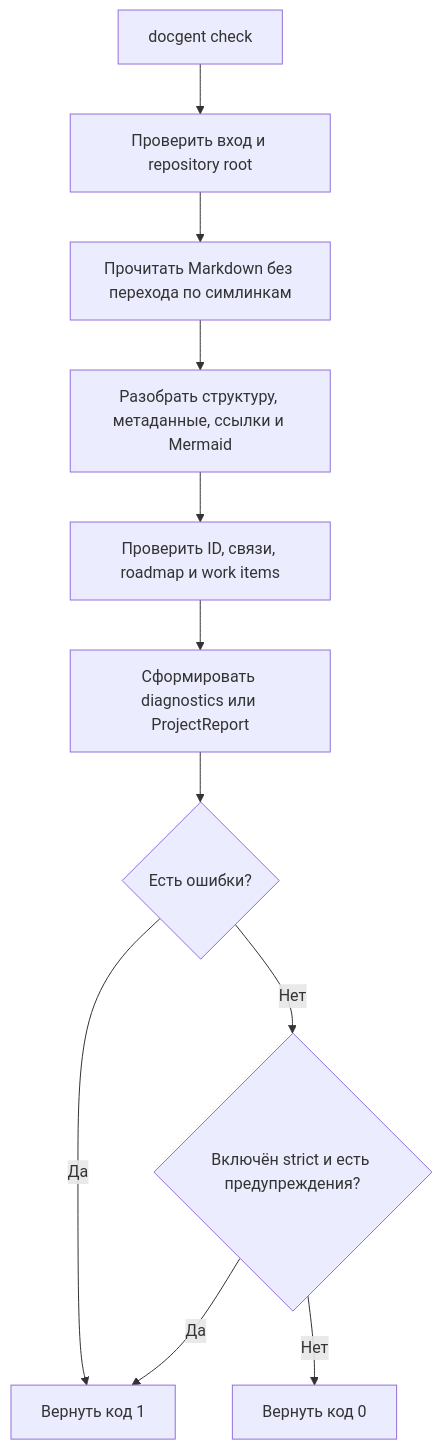
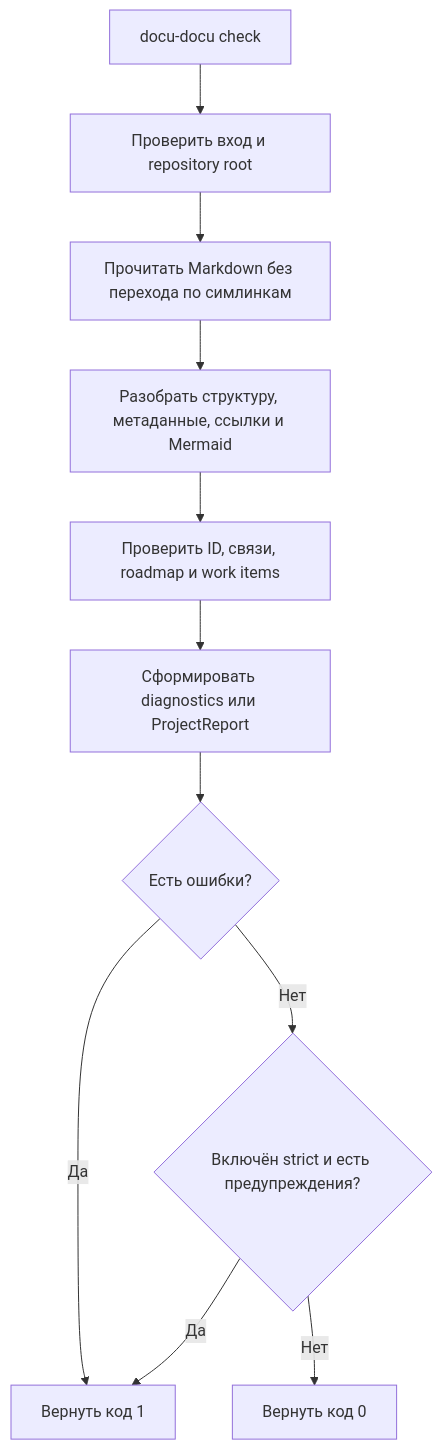
Before and after one commit to lumenikoly/toudocu: the diagram in docs/flows/FLOW-DOCS-CHECK.md, drawn with Mermaid. The commit also changed 275 other files, not shown here.

First line of the commit message:
Rename and refactor Docgent to Docu-docu across all relevant files and documentation

````diff
--- a/docs/flows/FLOW-DOCS-CHECK.md
+++ b/docs/flows/FLOW-DOCS-CHECK.md
@@ -14,13 +14,13 @@
 ```mermaid
 flowchart TD
-    Start["docgent check"] --> Resolve["Проверить вход и repository root"]
+    Start["docu-docu check"] --> Resolve["Проверить вход и repository root"]
     Resolve --> Read["Прочитать Markdown без перехода по симлинкам"]
     Read --> Parse["Разобрать структуру, метаданные, ссылки и Mermaid"]
     Parse --> Validate["Проверить ID, связи, roadmap и work items"]
     Validate --> Report["Сформировать diagnostics или ProjectReport"]
     Report --> Errors{"Есть ошибки?"}
     Errors -->|Да| Failed["Вернуть код 1"]
     Errors -->|Нет| Strict{"Включён strict и есть предупреждения?"}
     Strict -->|Да| Failed
     Strict -->|Нет| Passed["Вернуть код 0"]
 ```
````
